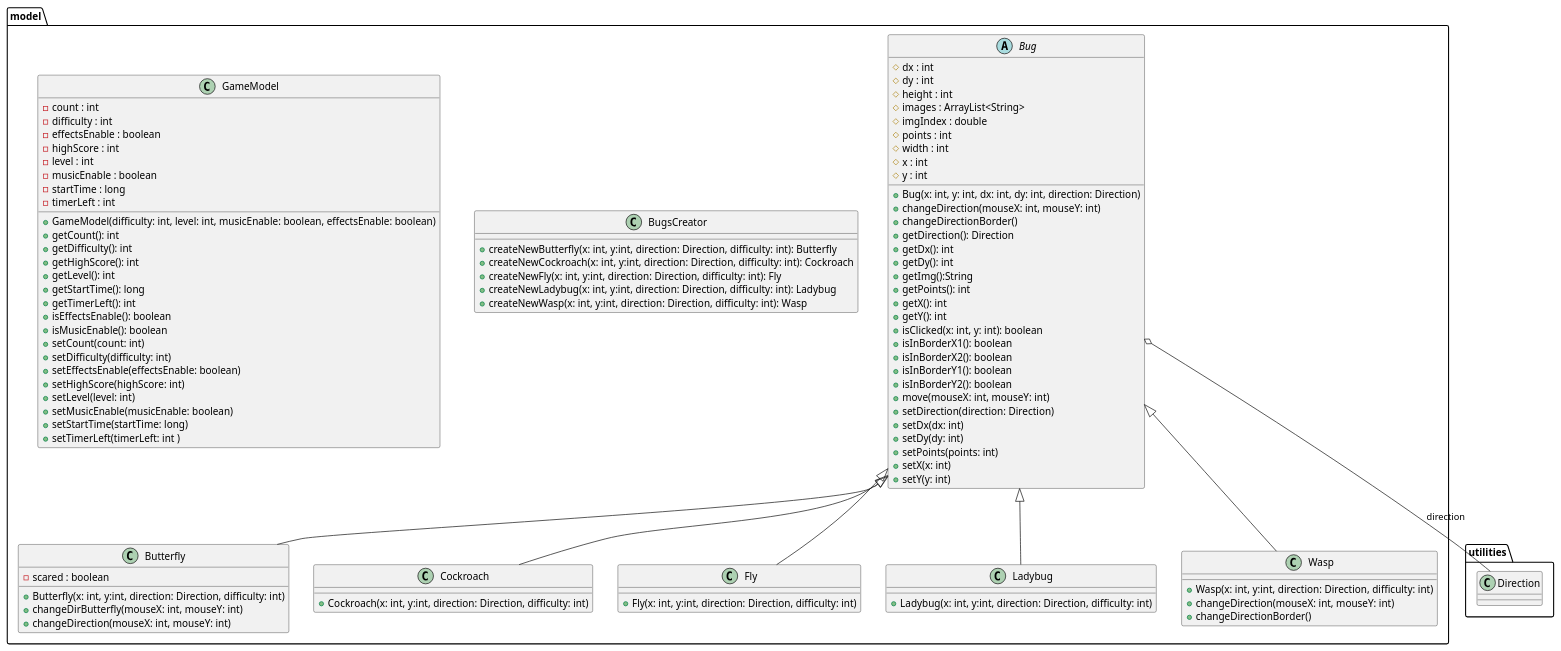
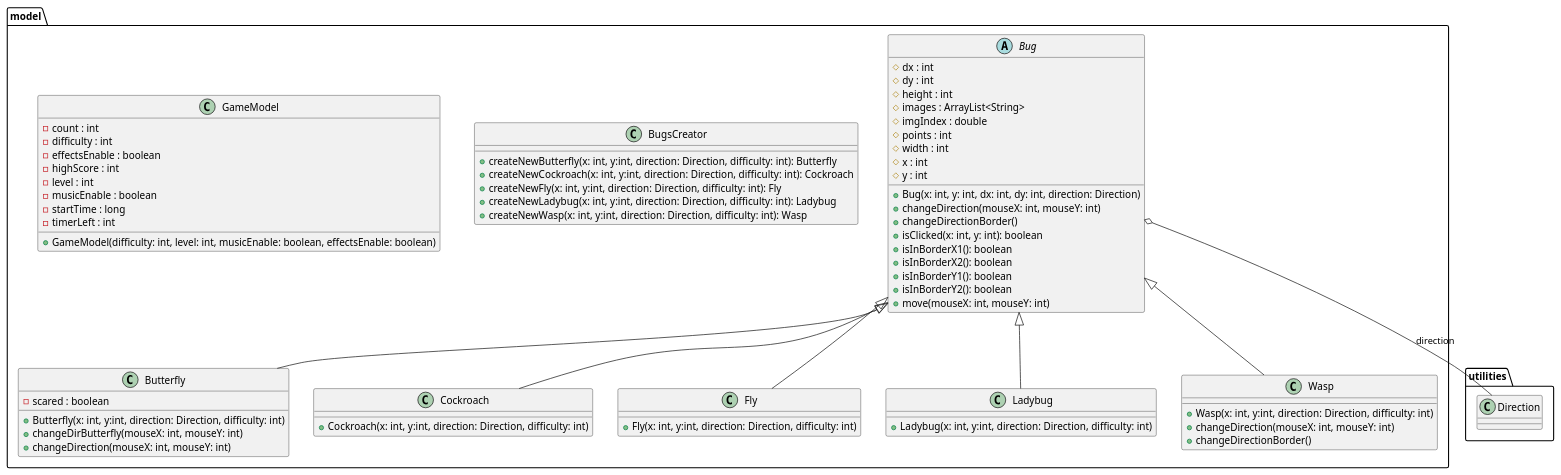
One commit to lcintini/JFlySwatter changed the diagram in out/production/JFlySwatter/model/model.plantuml. Above: the diagram before and after it, drawn with PlantUML. The commit also changed 54 other files, not shown here.

```diff
--- a/out/production/JFlySwatter/model/model.plantuml
+++ b/out/production/JFlySwatter/model/model.plantuml
@@ -1,131 +1,102 @@
 @startuml
 
  namespace model {
       abstract class model.Bug {
           # dx : int
           # dy : int
           # height : int
           # images : ArrayList<String>
           # imgIndex : double
           # points : int
           # width : int
           # x : int
           # y : int
           + Bug(x: int, y: int, dx: int, dy: int, direction: Direction)
           + changeDirection(mouseX: int, mouseY: int)
           + changeDirectionBorder()
-          + getDirection(): Direction
-          + getDx(): int
-          + getDy(): int
-          + getImg():String
-          + getPoints(): int
-          + getX(): int
-          + getY(): int
           + isClicked(x: int, y: int): boolean
           + isInBorderX1(): boolean
           + isInBorderX2(): boolean
           + isInBorderY1(): boolean
           + isInBorderY2(): boolean
           + move(mouseX: int, mouseY: int)
-          + setDirection(direction: Direction)
-          + setDx(dx: int)
-          + setDy(dy: int)
-          + setPoints(points: int)
-          + setX(x: int)
-          + setY(y: int)
       }
     }
   
 
   namespace model {
       class model.BugsCreator {
           + createNewButterfly(x: int, y:int, direction: Direction, difficulty: int): Butterfly
           + createNewCockroach(x: int, y:int, direction: Direction, difficulty: int): Cockroach
           + createNewFly(x: int, y:int, direction: Direction, difficulty: int): Fly
           + createNewLadybug(x: int, y:int, direction: Direction, difficulty: int): Ladybug
           + createNewWasp(x: int, y:int, direction: Direction, difficulty: int): Wasp
       }
     }
   
 
   namespace model {
       class model.Butterfly {
           - scared : boolean
           + Butterfly(x: int, y:int, direction: Direction, difficulty: int)
           + changeDirButterfly(mouseX: int, mouseY: int)
           + changeDirection(mouseX: int, mouseY: int)
       }
     }
   
 
   namespace model {
       class model.Cockroach {
           + Cockroach(x: int, y:int, direction: Direction, difficulty: int)
       }
     }
   
 
   namespace model {
       class model.Fly {
           + Fly(x: int, y:int, direction: Direction, difficulty: int)
       }
     }
   
 
   namespace model {
       class model.GameModel {
           - count : int
           - difficulty : int
           - effectsEnable : boolean
           - highScore : int
           - level : int
           - musicEnable : boolean
           - startTime : long
           - timerLeft : int
           + GameModel(difficulty: int, level: int, musicEnable: boolean, effectsEnable: boolean)
-          + getCount(): int
-          + getDifficulty(): int
-          + getHighScore(): int
-          + getLevel(): int
-          + getStartTime(): long
-          + getTimerLeft(): int
-          + isEffectsEnable(): boolean
-          + isMusicEnable(): boolean
-          + setCount(count: int)
-          + setDifficulty(difficulty: int)
-          + setEffectsEnable(effectsEnable: boolean)
-          + setHighScore(highScore: int)
-          + setLevel(level: int)
-          + setMusicEnable(musicEnable: boolean)
-          + setStartTime(startTime: long)
-          + setTimerLeft(timerLeft: int )
       }
     }
   
 
   namespace model {
       class model.Ladybug {
           + Ladybug(x: int, y:int, direction: Direction, difficulty: int)
       }
     }
   
 
   namespace model {
       class model.Wasp {
           + Wasp(x: int, y:int, direction: Direction, difficulty: int)
           + changeDirection(mouseX: int, mouseY: int)
           + changeDirectionBorder()
       }
     }
   
 
   model.Bug o-- utilities.Direction : direction
   model.Butterfly -up-|> model.Bug
   model.Cockroach -up-|> model.Bug
   model.Fly -up-|> model.Bug
   model.Ladybug -up-|> model.Bug
   model.Wasp -up-|> model.Bug
 
 
 
 @enduml
```
